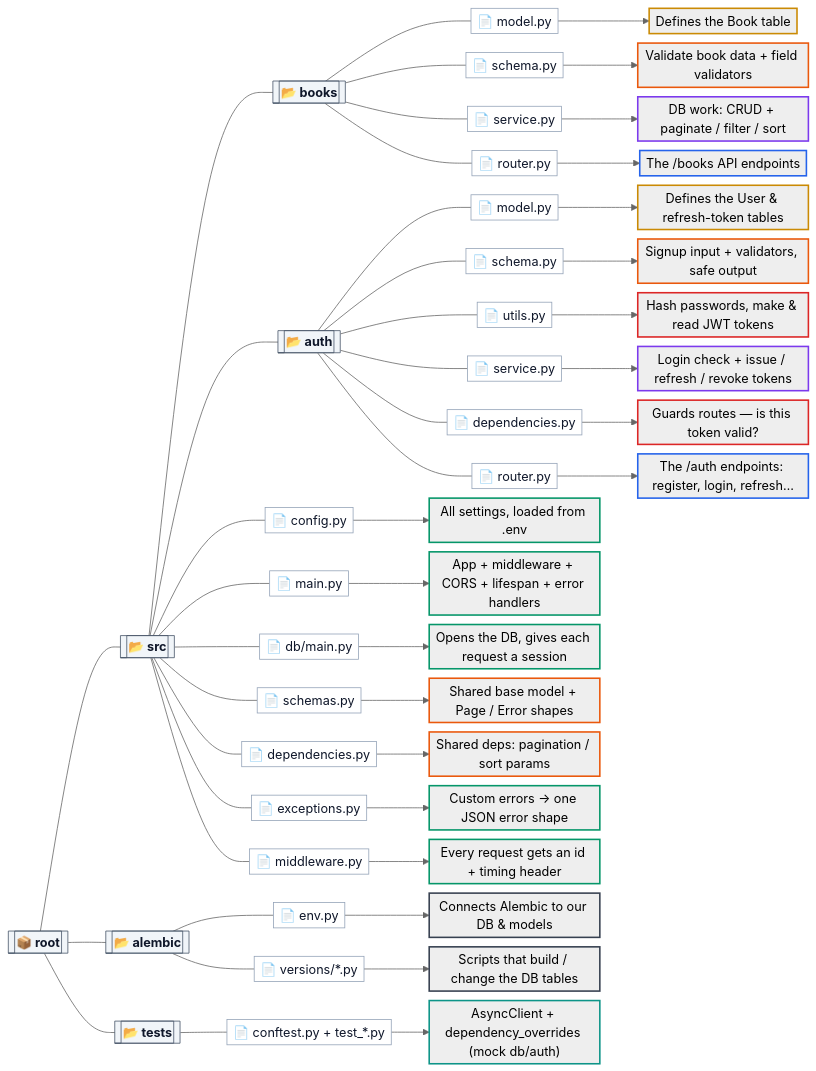
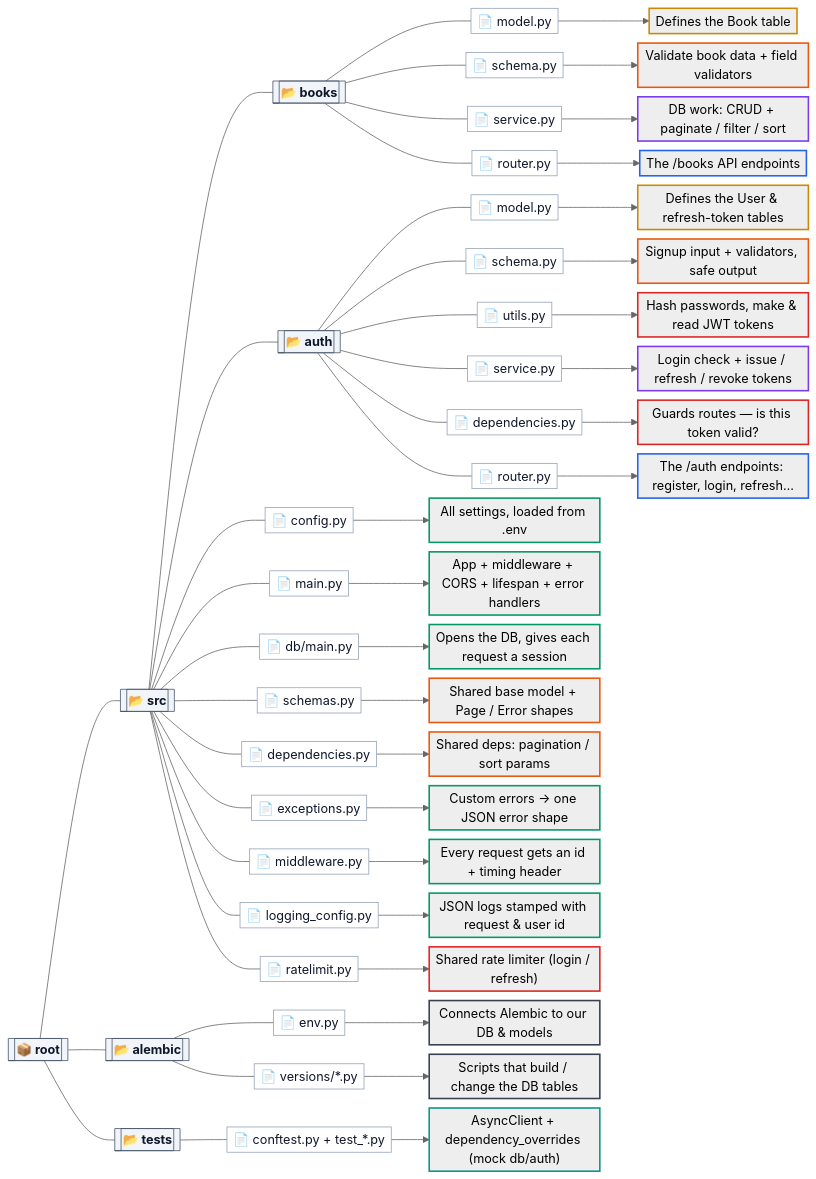
The diagram in docs/boilerplate_guide.md (skfaysal/fastapi-boilerplate), drawn with Mermaid before and after one commit. The commit also changed other lines of this file and 20 other files, not shown here.

First line of the commit message:
step6: Production hardening & security (rate limiting, JSON logs, RBAC, docs gating)

````diff
--- a/docs/boilerplate_guide.md
+++ b/docs/boilerplate_guide.md
@@ -51,7 +51,7 @@
     ALEDIR[["📂 alembic"]]
     TESTSDIR[["📂 tests"]]
     ROOT --- SRC & ALEDIR & TESTSDIR
-    SRC --- CFG & MAIN & DBMAIN & SCHEMAS & DEPS & EXC & MW & BOOKSDIR & AUTHDIR
+    SRC --- CFG & MAIN & DBMAIN & SCHEMAS & DEPS & EXC & MW & LOG & RL & BOOKSDIR & AUTHDIR
     BOOKSDIR --- BMODEL & BSCHEMA & BSVC & BROUTER
     AUTHDIR --- AMODEL & ASCHEMA & AUTILS & ASVC & ADEP & AROUTER
     ALEDIR --- ENV & VERS
@@ -64,6 +64,8 @@
     DEPS["📄 dependencies.py"]
     EXC["📄 exceptions.py"]
     MW["📄 middleware.py"]
+    LOG["📄 logging_config.py"]
+    RL["📄 ratelimit.py"]
     BMODEL["📄 model.py"]
     BSCHEMA["📄 schema.py"]
     BSVC["📄 service.py"]
@@ -85,6 +87,8 @@
     DEPS --> nDEP["Shared deps: pagination / sort params"]
     EXC --> nEXC["Custom errors → one JSON error shape"]
     MW --> nMW["Every request gets an id + timing header"]
+    LOG --> nLOG["JSON logs stamped with request &amp; user id"]
+    RL --> nRL["Shared rate limiter (login / refresh)"]
 
     BMODEL --> nBM["Defines the Book table"]
     BSCHEMA --> nBSC["Validate book data + field validators"]
@@ -114,13 +118,13 @@
     classDef test   stroke:#0d9488,stroke-width:2px;
 
     class ROOT,SRC,BOOKSDIR,AUTHDIR,ALEDIR,TESTSDIR folder;
-    class CFG,MAIN,DBMAIN,SCHEMAS,DEPS,EXC,MW,BMODEL,BSCHEMA,BSVC,BROUTER,AMODEL,ASCHEMA,AUTILS,ASVC,ADEP,AROUTER,ENV,VERS,TCONF file;
-    class nCFG,nMAIN,nDB,nEXC,nMW entry;
+    class CFG,MAIN,DBMAIN,SCHEMAS,DEPS,EXC,MW,LOG,RL,BMODEL,BSCHEMA,BSVC,BROUTER,AMODEL,ASCHEMA,AUTILS,ASVC,ADEP,AROUTER,ENV,VERS,TCONF file;
+    class nCFG,nMAIN,nDB,nEXC,nMW,nLOG entry;
     class nBM,nAM model;
     class nBSC,nASC,nSC,nDEP schema;
     class nBSV,nASV service;
     class nBR,nAR router;
-    class nAU,nAD sec;
+    class nAU,nAD,nRL sec;
     class nENV,nVER mig;
     class nT test;
 ```
````
